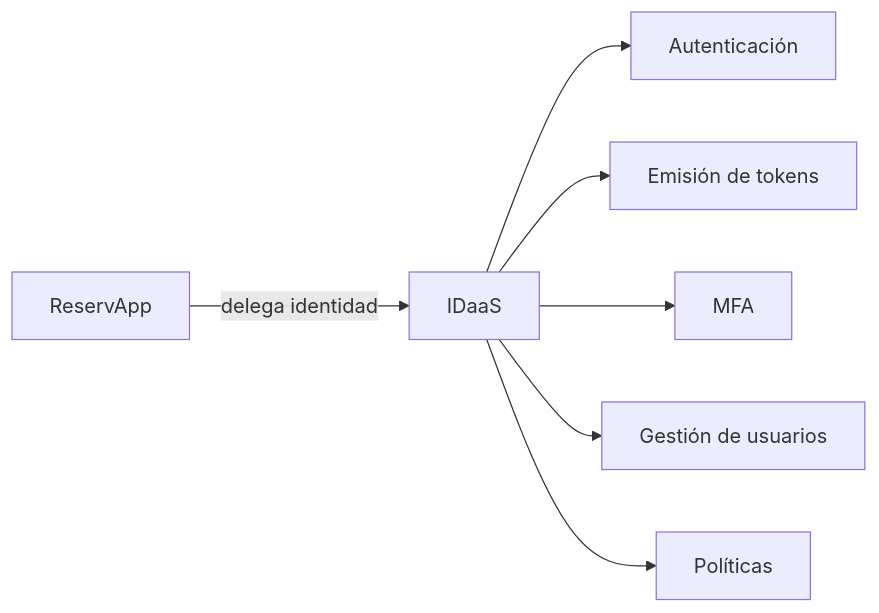
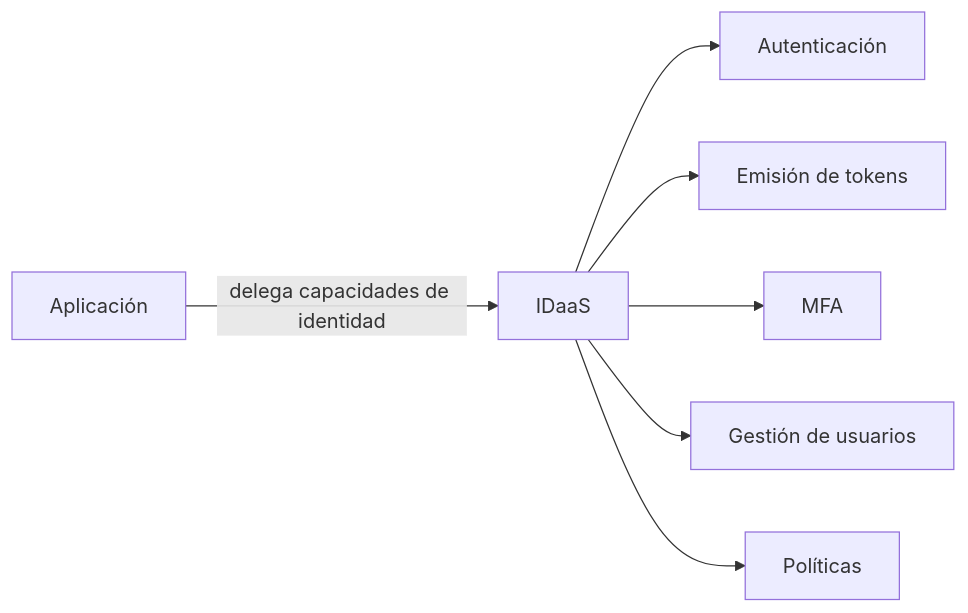
Before and after one commit to cmartinezs/DSY1107-DESARROLLO-CLOUD-NATIVE-I-2026-2: the first of 7 diagrams in semanas/semana-02/02-idaas-ciam.md, drawn with Mermaid. The commit also changed other lines of this file, not shown here.

Commit message:
docs: fix IDaaS content and GitHub-safe Mermaid

````diff
--- a/semanas/semana-02/02-idaas-ciam.md
+++ b/semanas/semana-02/02-idaas-ciam.md
@@ -35,9 +19,9 @@
 ```mermaid
 flowchart LR
-    APP[ReservApp] -->|delega identidad| IDAAS[IDaaS]
-    IDAAS --> AUTH[Autenticación]
-    IDAAS --> TOKENS[Emisión de tokens]
-    IDAAS --> MFA[MFA]
-    IDAAS --> USERS[Gestión de usuarios]
-    IDAAS --> POLICIES[Políticas]
+    APP["Aplicación"] -->|"delega capacidades de identidad"| IDAAS["IDaaS"]
+    IDAAS --> AUTH["Autenticación"]
+    IDAAS --> TOK["Emisión de tokens"]
+    IDAAS --> MFA["MFA"]
+    IDAAS --> USERS["Gestión de usuarios"]
+    IDAAS --> POL["Políticas"]
 ```
````
